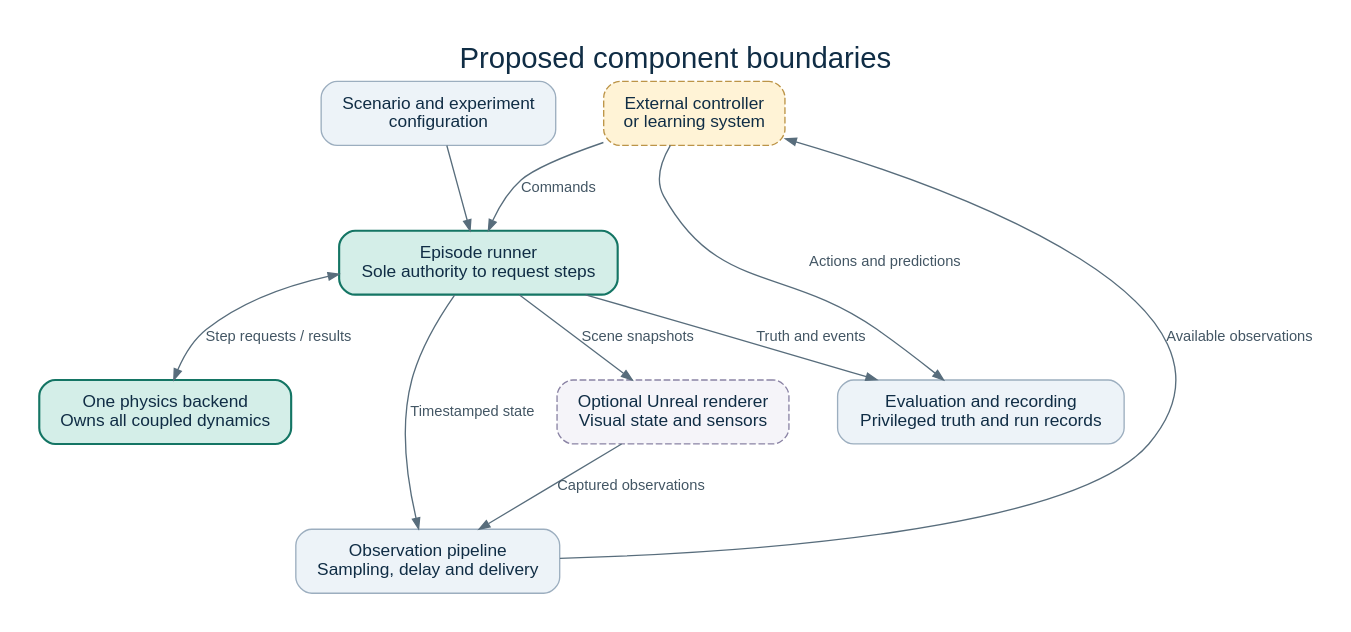
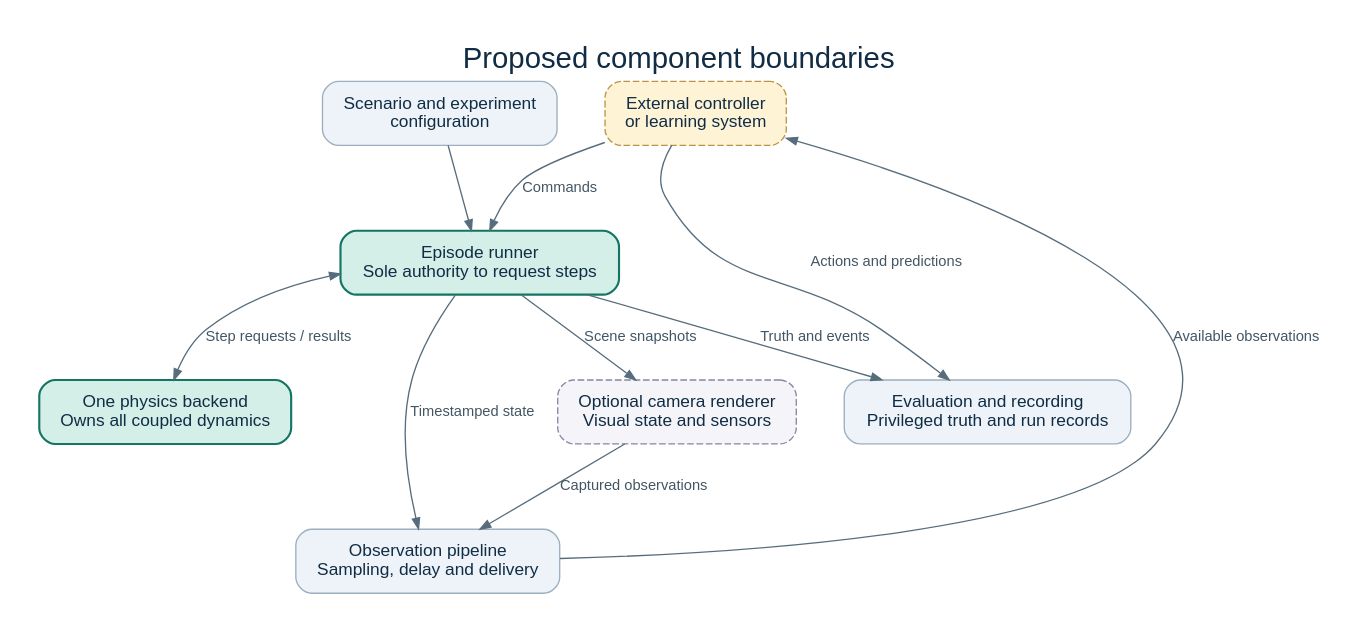
One commit to carlos-laguna/brics-simulator changed the diagram in docs/assets/architecture-components.dot. Above: the diagram before and after it, drawn with Graphviz. The commit also changed 23 other files, not shown here.

```diff
--- a/docs/assets/architecture-components.dot
+++ b/docs/assets/architecture-components.dot
@@ -1,23 +1,23 @@
 digraph BRICS {
   graph [rankdir=TB, bgcolor="white", pad="0.30", nodesep="0.50", ranksep="0.72", fontname="Arial", label="Proposed component boundaries", labelloc=t, fontsize=22, fontcolor="#102d45"];
   node [shape=box, style="rounded,filled", fillcolor="#edf3f8", color="#9caebf", fontname="Arial", fontsize=13, margin="0.18,0.14", fontcolor="#102d45"];
   edge [fontname="Arial", fontsize=11, color="#586d7c", fontcolor="#435664", arrowsize=0.8];
   scenario [label="Scenario and experiment\nconfiguration"];
   policy [label="External controller\nor learning system", style="rounded,filled,dashed", fillcolor="#fff3d6", color="#bc9447"];
   runner [label="Episode runner\nSole authority to request steps", fillcolor="#d4eee8", color="#147564", penwidth=1.6];
   physics [label="One physics backend\nOwns all coupled dynamics", fillcolor="#d4eee8", color="#147564", penwidth=1.6];
   sensors [label="Observation pipeline\nSampling, delay and delivery"];
-  renderer [label="Optional Unreal renderer\nVisual state and sensors", style="rounded,filled,dashed", fillcolor="#f5f4f9", color="#8b84a5"];
+  renderer [label="Optional camera renderer\nVisual state and sensors", style="rounded,filled,dashed", fillcolor="#f5f4f9", color="#8b84a5"];
   evaluation [label="Evaluation and recording\nPrivileged truth and run records"];
   scenario -> runner;
   policy -> runner [label="Commands"];
   runner -> physics [dir=both, label="Step requests / results"];
   runner -> sensors [label="Timestamped state"];
   runner -> renderer [label="Scene snapshots"];
   renderer -> sensors [label="Captured observations"];
   sensors -> policy [label="Available observations", constraint=false];
   runner -> evaluation [label="Truth and events"];
   policy -> evaluation [label="Actions and predictions", constraint=false];
   {rank=same; scenario; policy;}
   {rank=same; physics; renderer; evaluation;}
 }
```
